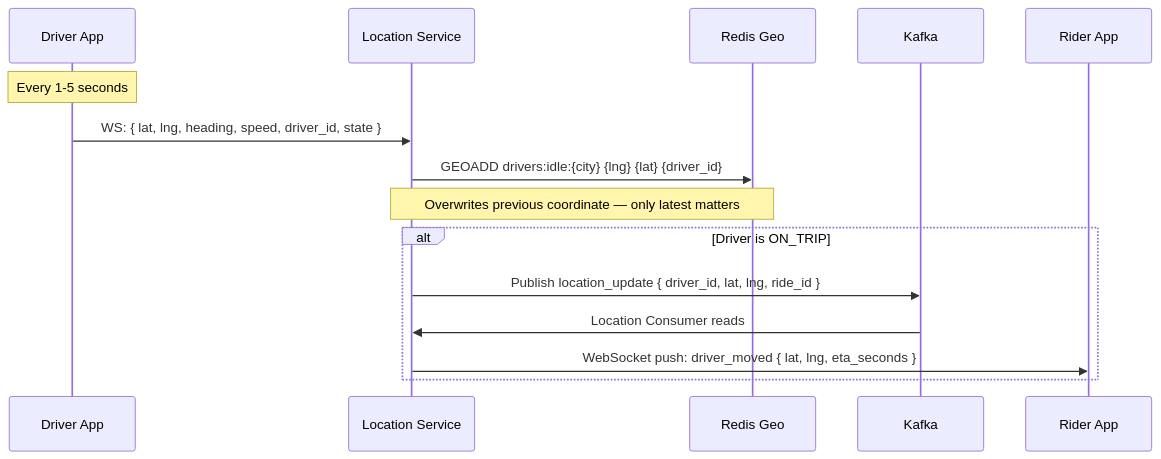
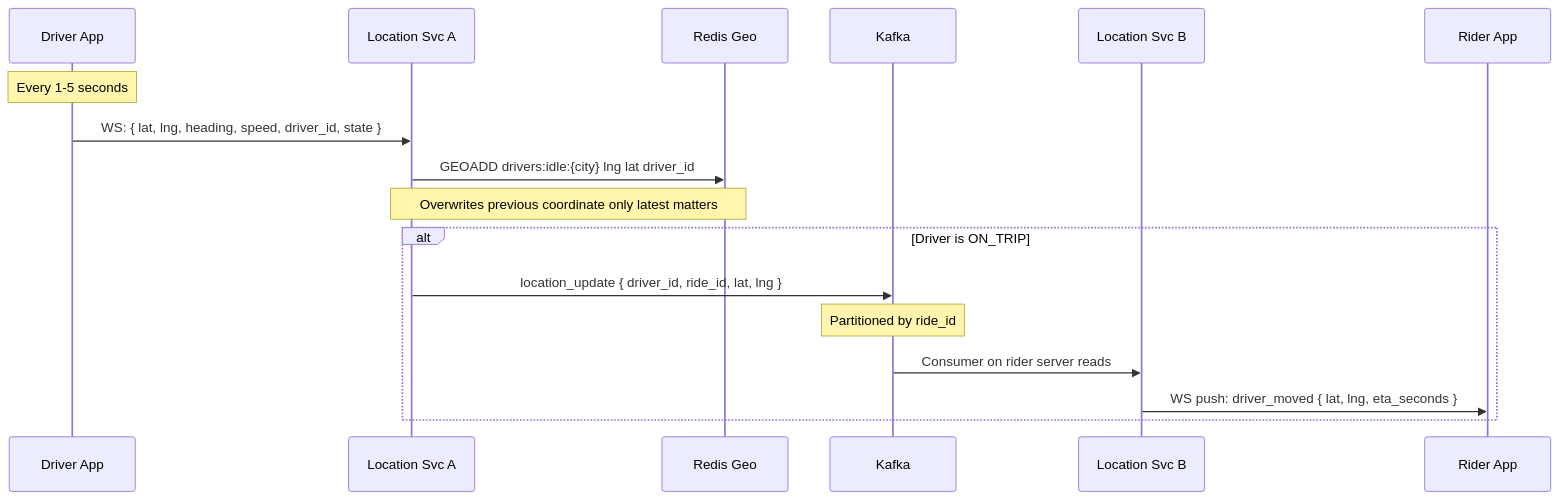
Before and after one commit to shyamalm88/MechineCoding: the fourth of 7 diagrams in system-design/ride-booking-uber-rapido.md, drawn with Mermaid. The commit also changed other lines of this file and 1 other file, not shown here.

Commit message:
updated ride-booking-uber-rapido and google docs

````diff
--- a/system-design/ride-booking-uber-rapido.md
+++ b/system-design/ride-booking-uber-rapido.md
@@ -475,19 +276,21 @@
 ```mermaid
 sequenceDiagram
     participant D as Driver App
-    participant LS as Location Service
+    participant LSA as Location Svc A
     participant Redis as Redis Geo
     participant K as Kafka
+    participant LSB as Location Svc B
     participant R as Rider App
 
     Note over D: Every 1-5 seconds
-    D->>LS: WS: { lat, lng, heading, speed, driver_id, state }
-    LS->>Redis: GEOADD drivers:idle:{city} {lng} {lat} {driver_id}
-    Note over LS,Redis: Overwrites previous coordinate — only latest matters
+    D->>LSA: WS: { lat, lng, heading, speed, driver_id, state }
+    LSA->>Redis: GEOADD drivers:idle:{city} lng lat driver_id
+    Note over LSA,Redis: Overwrites previous coordinate only latest matters
 
     alt Driver is ON_TRIP
-        LS->>K: Publish location_update { driver_id, lat, lng, ride_id }
-        K->>LS: Location Consumer reads
-        LS->>R: WebSocket push: driver_moved { lat, lng, eta_seconds }
+        LSA->>K: location_update { driver_id, ride_id, lat, lng }
+        Note over K: Partitioned by ride_id
+        K->>LSB: Consumer on rider server reads
+        LSB->>R: WS push: driver_moved { lat, lng, eta_seconds }
     end
 ```
````
